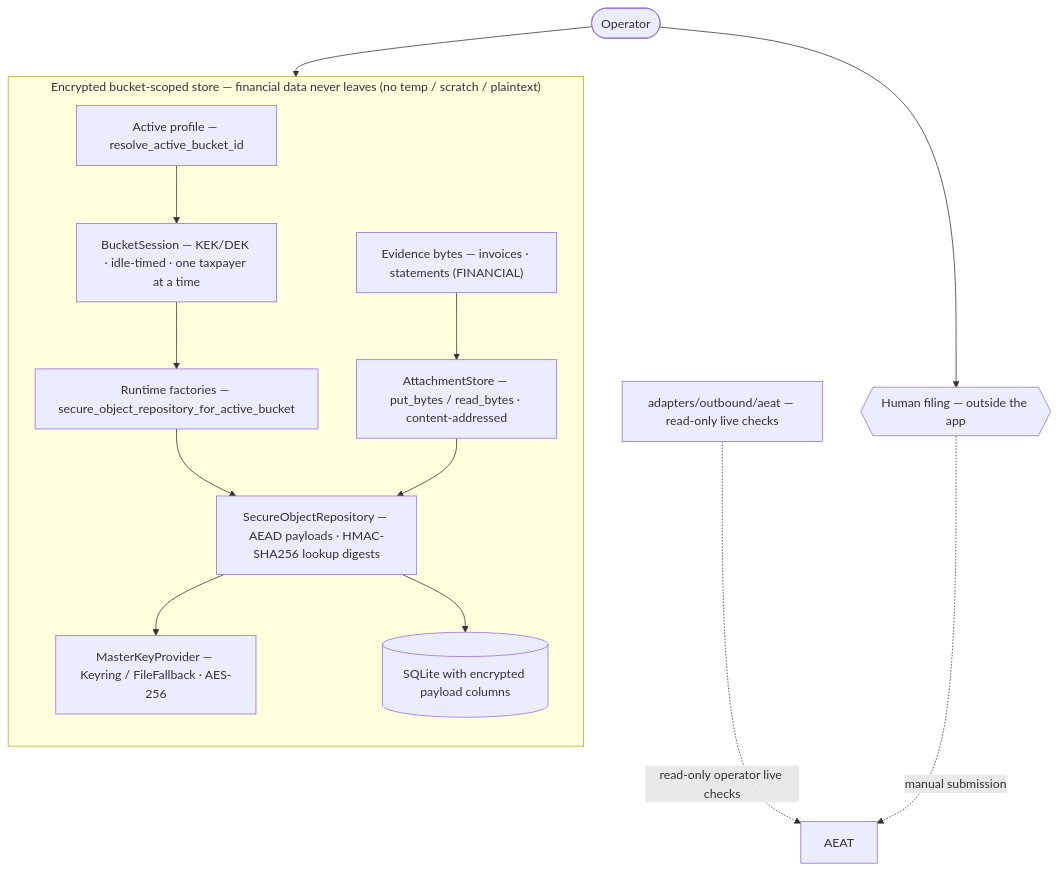
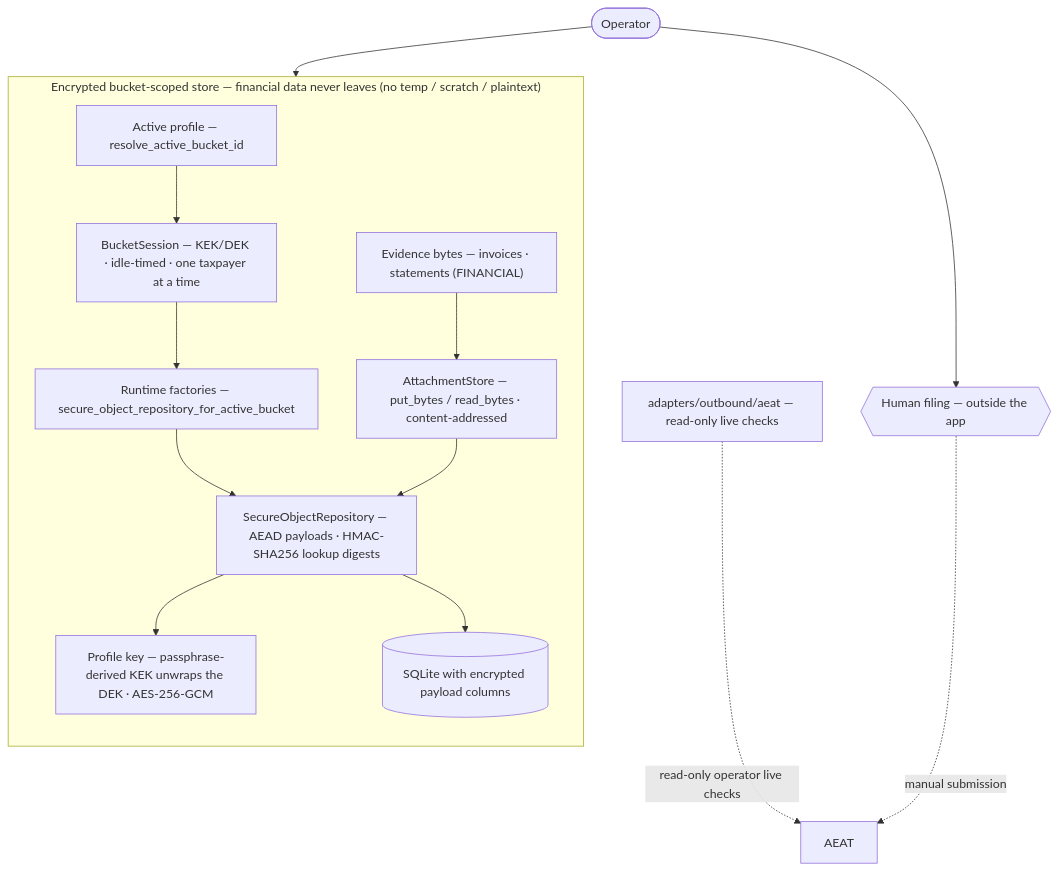
One commit to nevenincs/cadrumo changed the fifth of 5 diagrams in docs/architecture/index.md. Above: the diagram before and after it, drawn with Mermaid. The commit also changed other lines of this file and 2502 other files, not shown here.

````diff
--- a/docs/architecture/index.md
+++ b/docs/architecture/index.md
@@ -298,27 +310,27 @@
 ```mermaid
 flowchart TD
     OP(["Operator"])
     subgraph boundary["Encrypted bucket-scoped store — financial data never leaves (no temp / scratch / plaintext)"]
         direction TB
         PROF["Active profile — resolve_active_bucket_id"]
         SESS["BucketSession — KEK/DEK · idle-timed · one taxpayer at a time"]
         FAC["Runtime factories — secure_object_repository_for_active_bucket"]
         REPO["SecureObjectRepository — AEAD payloads · HMAC-SHA256 lookup digests"]
-        MK["MasterKeyProvider — Keyring / FileFallback · AES-256"]
+        MK["Profile key — passphrase-derived KEK unwraps the DEK · AES-256-GCM"]
         DB[("SQLite with encrypted payload columns")]
         ATT["AttachmentStore — put_bytes / read_bytes · content-addressed"]
         EV["Evidence bytes — invoices · statements (FINANCIAL)"]
         PROF --> SESS --> FAC --> REPO
         REPO --> MK
         REPO --> DB
         ATT --> REPO
         EV --> ATT
     end
     SEDE["adapters/outbound/aeat — read-only live checks"]
     AEAT["AEAT"]
     HUM{{"Human filing — outside the app"}}
     OP --> PROF
     SEDE -.->|"read-only operator live checks"| AEAT
     OP --> HUM
     HUM -.->|"manual submission"| AEAT
 ```
````
